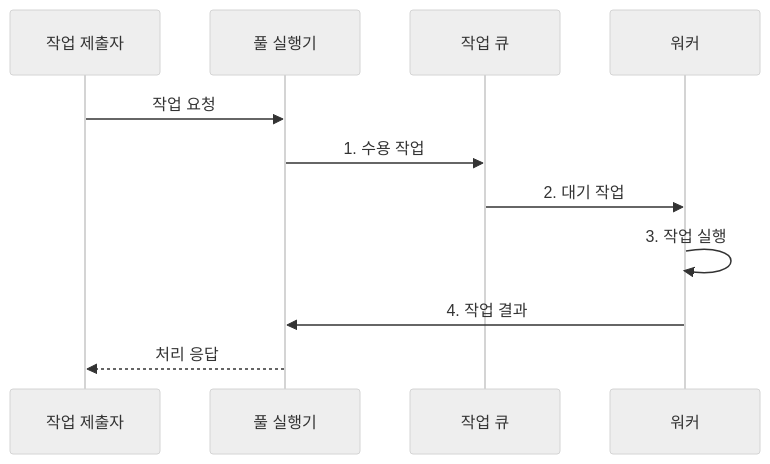
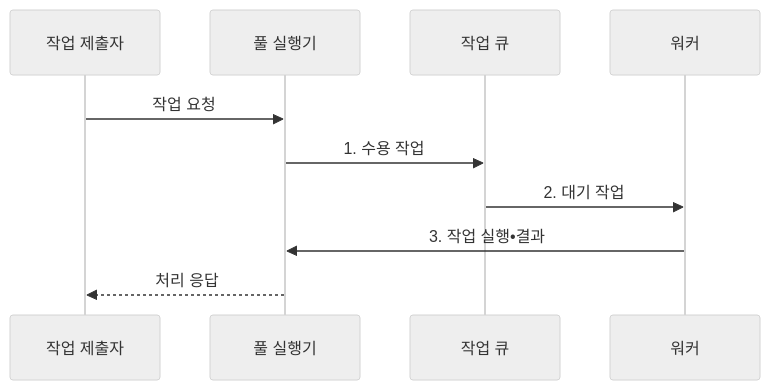
One commit to agnusdei1207/knowledge-base changed the second of 2 diagrams in src/content/docs/notes/03-software/008_thread_pool.md. Above: the diagram before and after it, drawn with Mermaid (neutral theme). The commit also changed other lines of this file and 12 other files, not shown here.

````diff
--- a/src/content/docs/notes/03-software/008_thread_pool.md
+++ b/src/content/docs/notes/03-software/008_thread_pool.md
@@ -100,13 +100,12 @@
 ```mermaid
 sequenceDiagram
     participant S as 작업 제출자
     participant E as 풀 실행기
     participant Q as 작업 큐
     participant W as 워커
     S->>E: 작업 요청
     E->>Q: 1. 수용 작업
     Q->>W: 2. 대기 작업
-    W->>W: 3. 작업 실행
-    W->>E: 4. 작업 결과
+    W->>E: 3. 작업 실행•결과
     E-->>S: 처리 응답
 ```
````
